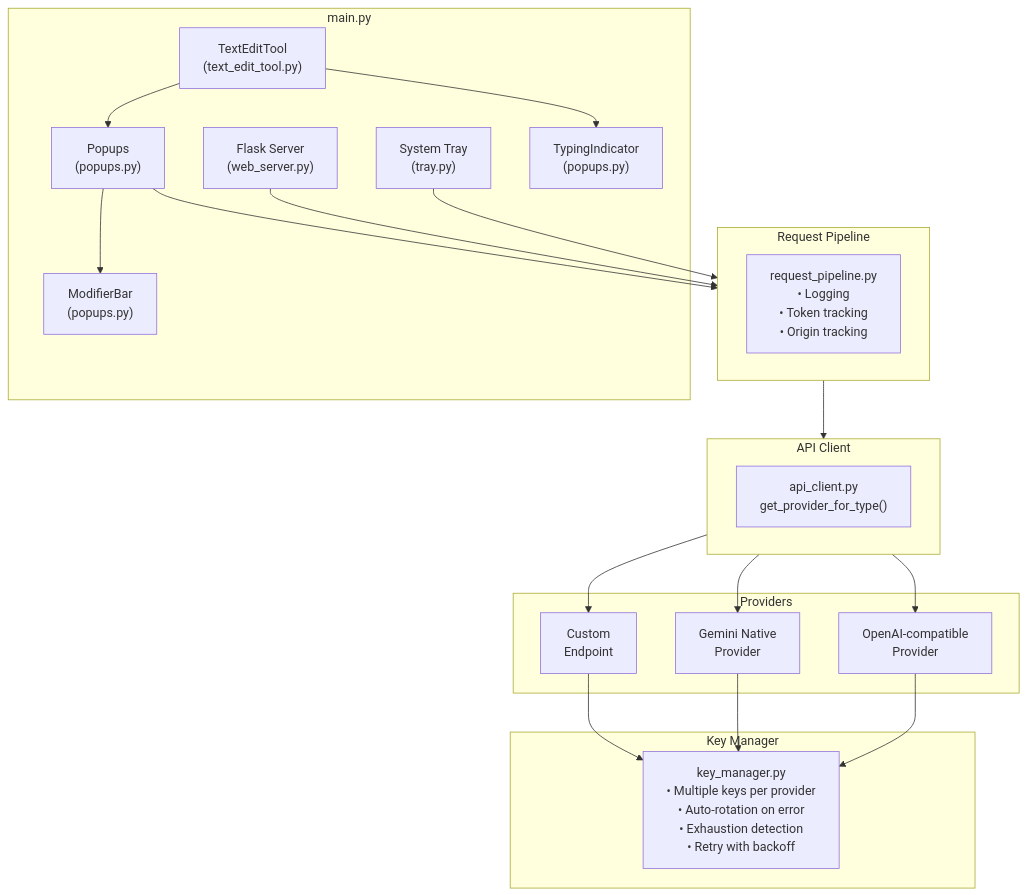
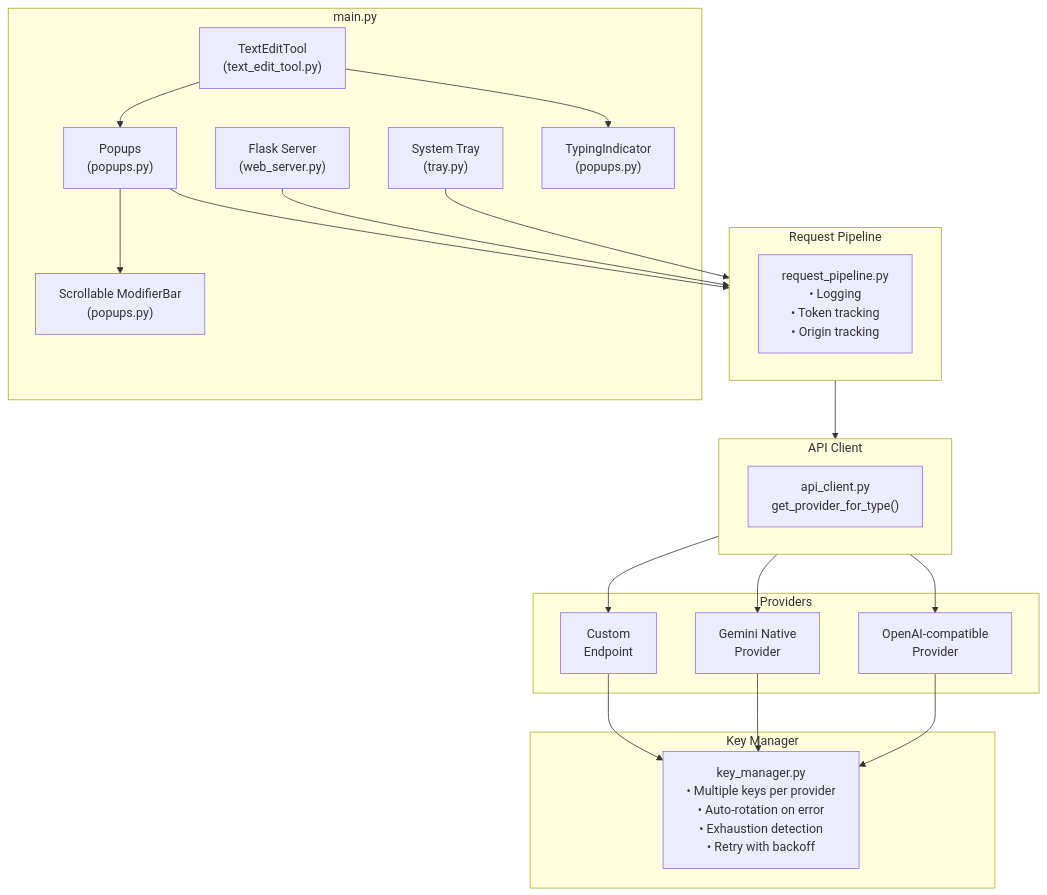
Before and after one commit to zaxx-q/AI-Bridge: the first of 2 diagrams in docs/ARCHITECTURE.md, drawn with Mermaid. The commit also changed other lines of this file and 4 other files, not shown here.

````diff
--- a/docs/ARCHITECTURE.md
+++ b/docs/ARCHITECTURE.md
@@ -19,43 +19,43 @@
 ```mermaid
 flowchart TB
     subgraph Main["main.py"]
         Tray["System Tray<br/>(tray.py)"]
         Flask["Flask Server<br/>(web_server.py)"]
         TET["TextEditTool<br/>(text_edit_tool.py)"]
         Popups["Popups<br/>(popups.py)"]
-        Modifiers["ModifierBar<br/>(popups.py)"]
+        Modifiers["Scrollable ModifierBar<br/>(popups.py)"]
         TypingInd["TypingIndicator<br/>(popups.py)"]
     end
     
     subgraph Pipeline["Request Pipeline"]
         RP["request_pipeline.py<br/>• Logging<br/>• Token tracking<br/>• Origin tracking"]
     end
     
     subgraph APIClient["API Client"]
         AC["api_client.py<br/>get_provider_for_type()"]
     end
     
     subgraph Providers["Providers"]
         OAI["OpenAI-compatible<br/>Provider"]
         Gemini["Gemini Native<br/>Provider"]
         Custom["Custom<br/>Endpoint"]
     end
     
     subgraph KeyMgr["Key Manager"]
         KM["key_manager.py<br/>• Multiple keys per provider<br/>• Auto-rotation on error<br/>• Exhaustion detection<br/>• Retry with backoff"]
     end
     
     Tray --> Pipeline
     Flask --> Pipeline
     TET --> Popups
     Popups --> Modifiers
     TET --> TypingInd
     Popups --> Pipeline
     Pipeline --> APIClient
     APIClient --> OAI
     APIClient --> Gemini
     APIClient --> Custom
     OAI --> KM
     Gemini --> KM
     Custom --> KM
 ```
````
